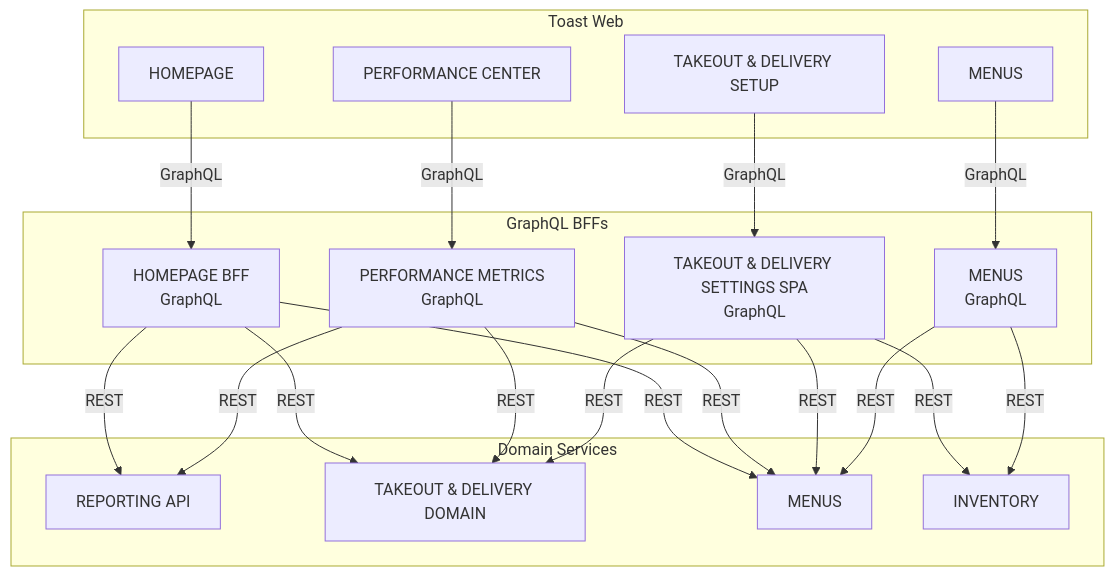
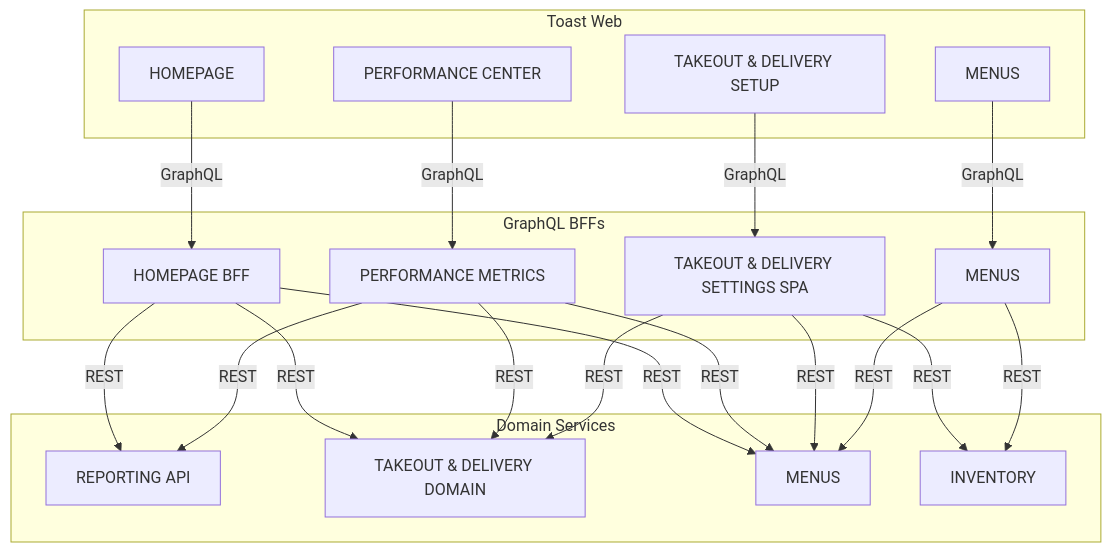
One commit to graphql-hive/console changed the first of 2 diagrams in packages/web/docs/src/app/case-studies/(posts)/toast/page.mdx. Above: the diagram before and after it, drawn with Mermaid. The commit also changed other lines of this file, not shown here.

Commit message:
Simplify the flowcharts

````diff
--- a/packages/web/docs/src/app/case-studies/(posts)/toast/page.mdx
+++ b/packages/web/docs/src/app/case-studies/(posts)/toast/page.mdx
@@ -266,43 +266,43 @@
 ```mermaid
 flowchart TB
   subgraph Domains["Domain Services"]
     reporting_rest["REPORTING API"]
     takeout_rest["TAKEOUT & DELIVERY DOMAIN"]
     menus_rest["MENUS"]
     inventory_rest["INVENTORY"]
   end
 
   subgraph BFFs["GraphQL BFFs"]
-    homepage_bff["HOMEPAGE BFF\nGraphQL"]
-    metrics_bff["PERFORMANCE METRICS\nGraphQL"]
-    takeout_bff["TAKEOUT & DELIVERY SETTINGS SPA\nGraphQL"]
-    menus_bff["MENUS\nGraphQL"]
+    homepage_bff["HOMEPAGE BFF"]
+    metrics_bff["PERFORMANCE METRICS"]
+    takeout_bff["TAKEOUT & DELIVERY SETTINGS SPA"]
+    menus_bff["MENUS"]
   end
 
   subgraph ToastWeb["Toast Web"]
     homepage["HOMEPAGE"]
     performance["PERFORMANCE CENTER"]
     takeout_setup["TAKEOUT & DELIVERY SETUP"]
     menus_app["MENUS"]
   end
 
   homepage -- "GraphQL" --> homepage_bff
   performance -- "GraphQL" --> metrics_bff
   takeout_setup -- "GraphQL" --> takeout_bff
   menus_app -- "GraphQL" --> menus_bff
 
   homepage_bff -- "REST" --> reporting_rest
   homepage_bff -- "REST" --> takeout_rest
   homepage_bff -- "REST" --> menus_rest
 
   metrics_bff -- "REST" --> reporting_rest
   metrics_bff -- "REST" --> takeout_rest
   metrics_bff -- "REST" --> menus_rest
 
   takeout_bff -- "REST" --> takeout_rest
   takeout_bff -- "REST" --> menus_rest
   takeout_bff -- "REST" --> inventory_rest
 
   menus_bff -- "REST" --> menus_rest
   menus_bff -- "REST" --> inventory_rest
 ```
````
